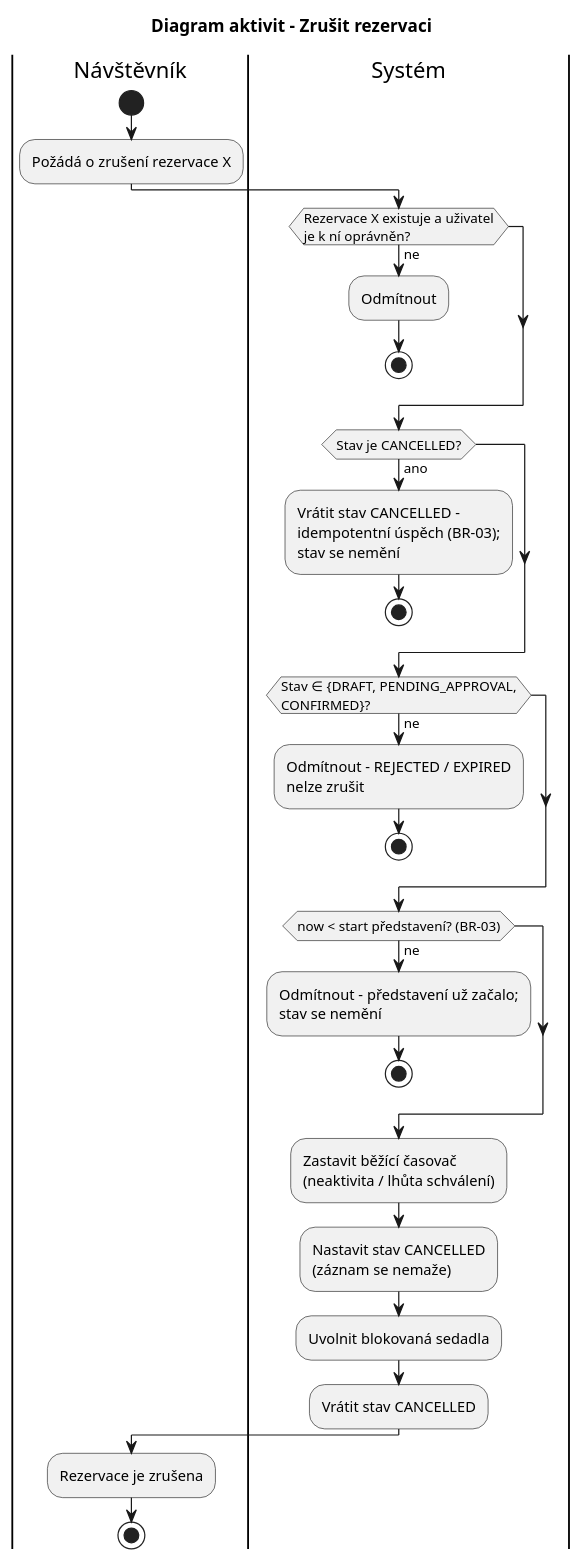
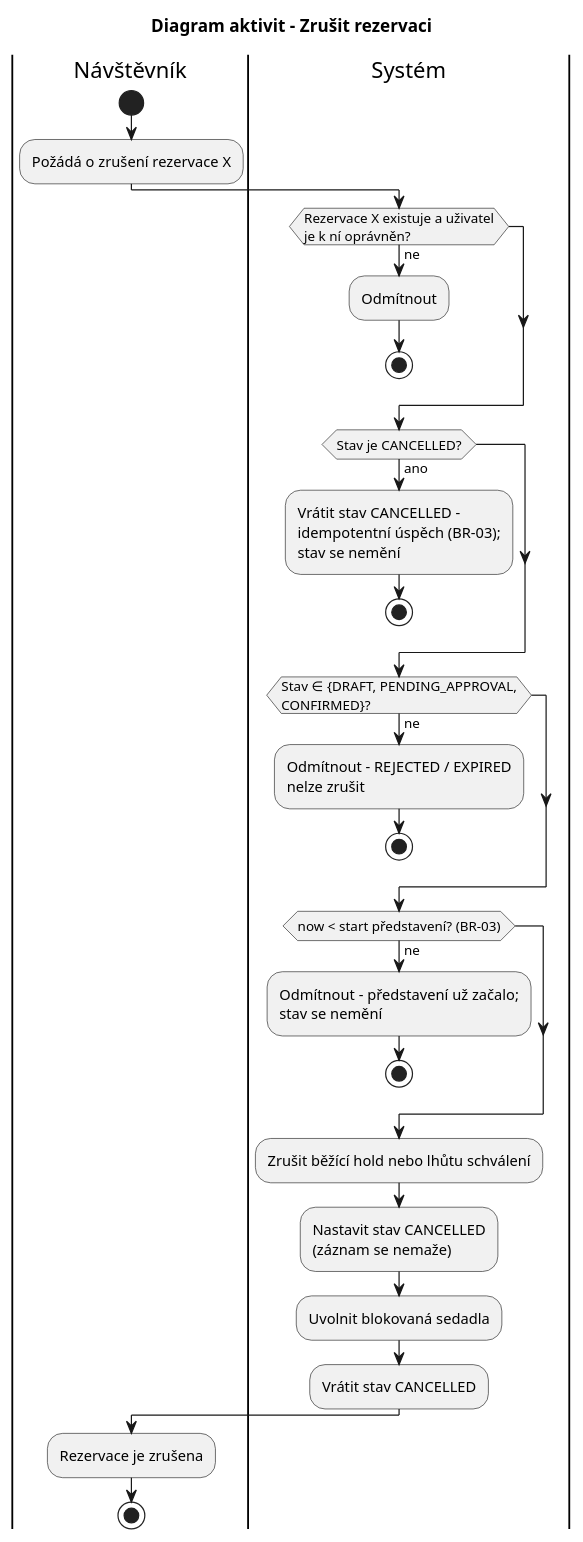
The diagram in docs/diagrams/c02/activity-op04-cancel.puml (jn-flk/SWI), drawn with PlantUML before and after one commit. The commit also changed 18 other files, not shown here.

```diff
--- a/docs/diagrams/c02/activity-op04-cancel.puml
+++ b/docs/diagrams/c02/activity-op04-cancel.puml
@@ -1,31 +1,31 @@
 @startuml
 title Diagram aktivit – Zrušit rezervaci
 
 |Návštěvník|
 start
 :Požádá o zrušení rezervace X;
 |Systém|
 if (Rezervace X existuje a uživatel\nje k ní oprávněn?) then (ne)
   :Odmítnout;
   stop
 endif
 if (Stav je CANCELLED?) then (ano)
   :Vrátit stav CANCELLED –\nidempotentní úspěch (BR-03);\nstav se nemění;
   stop
 endif
 if (Stav ∈ {DRAFT, PENDING_APPROVAL,\nCONFIRMED}?) then (ne)
   :Odmítnout – REJECTED / EXPIRED\nnelze zrušit;
   stop
 endif
 if (now < start představení? (BR-03)) then (ne)
   :Odmítnout – představení už začalo;\nstav se nemění;
   stop
 endif
-:Zastavit běžící časovač\n(neaktivita / lhůta schválení);
+:Zrušit běžící hold nebo lhůtu schválení;
 :Nastavit stav CANCELLED\n(záznam se nemaže);
 :Uvolnit blokovaná sedadla;
 :Vrátit stav CANCELLED;
 |Návštěvník|
 :Rezervace je zrušena;
 stop
 @enduml
```
